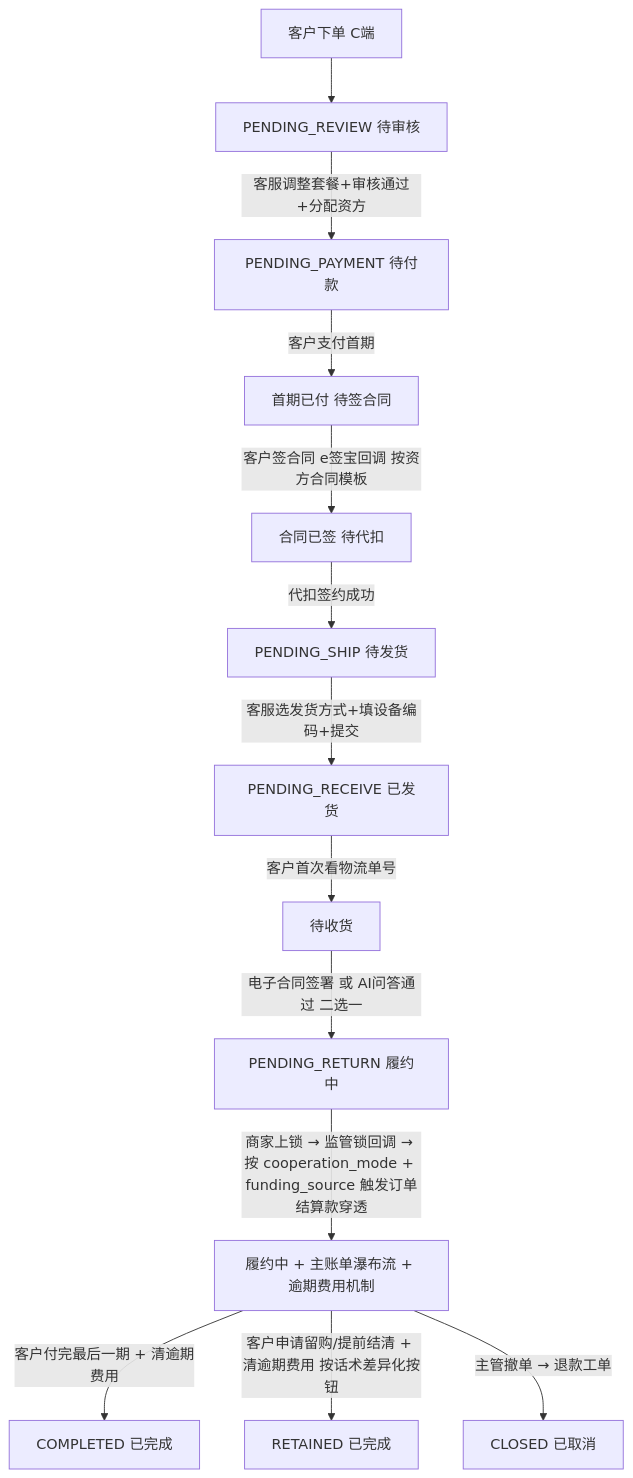
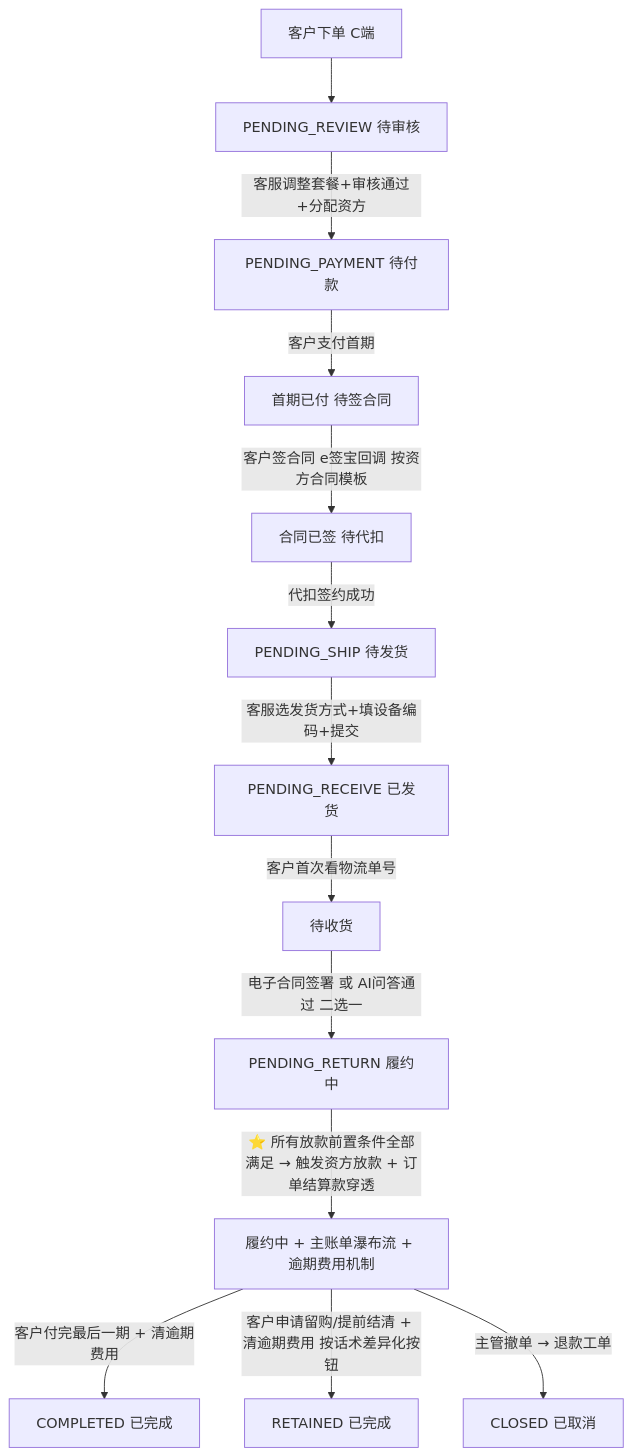
One commit to joezjyan-bot/mandian-prd changed the diagram in PRD/V0.2/modules/运营端/订单管理/08_长租订单全生命周期与客服操作.md. Above: the diagram before and after it, drawn with Mermaid. The commit also changed other lines of this file, not shown here.

````diff
--- a/PRD/V0.2/modules/运营端/订单管理/08_长租订单全生命周期与客服操作.md
+++ b/PRD/V0.2/modules/运营端/订单管理/08_长租订单全生命周期与客服操作.md
@@ -343,15 +359,15 @@
 ```mermaid
 flowchart TD
     A[客户下单 C端] --> B[PENDING_REVIEW 待审核]
     B -->|客服调整套餐+审核通过+分配资方| C[PENDING_PAYMENT 待付款]
     C -->|客户支付首期| C1[首期已付 待签合同]
     C1 -->|客户签合同 e签宝回调 按资方合同模板| C2[合同已签 待代扣]
     C2 -->|代扣签约成功| D[PENDING_SHIP 待发货]
     D -->|客服选发货方式+填设备编码+提交| E[PENDING_RECEIVE 已发货]
     E -->|客户首次看物流单号| E1[待收货]
     E1 -->|电子合同签署 或 AI问答通过 二选一| F[PENDING_RETURN 履约中]
-    F -->|商家上锁 → 监管锁回调 → 按 cooperation_mode + funding_source 触发订单结算款穿透| G[履约中 + 主账单瀑布流 + 逾期费用机制]
+    F -->|⭐ 所有放款前置条件全部满足 → 触发资方放款 + 订单结算款穿透| G[履约中 + 主账单瀑布流 + 逾期费用机制]
     G -->|客户付完最后一期 + 清逾期费用| H1[COMPLETED 已完成]
     G -->|客户申请留购/提前结清 + 清逾期费用 按话术差异化按钮| H2[RETAINED 已完成]
     G -->|主管撤单 → 退款工单| H3[CLOSED 已取消]
 ```
````
